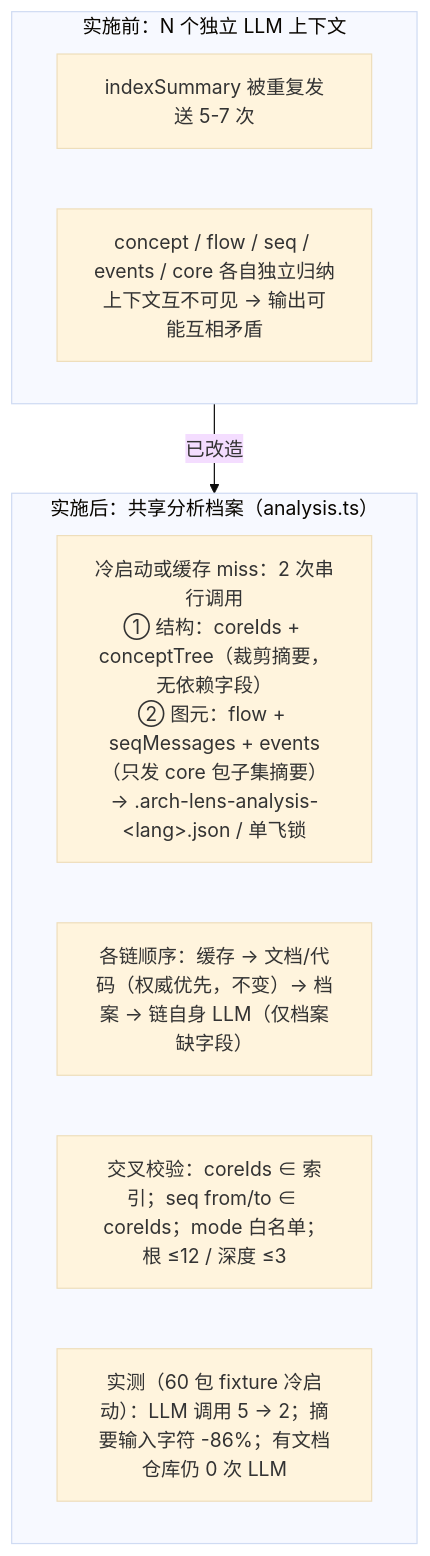
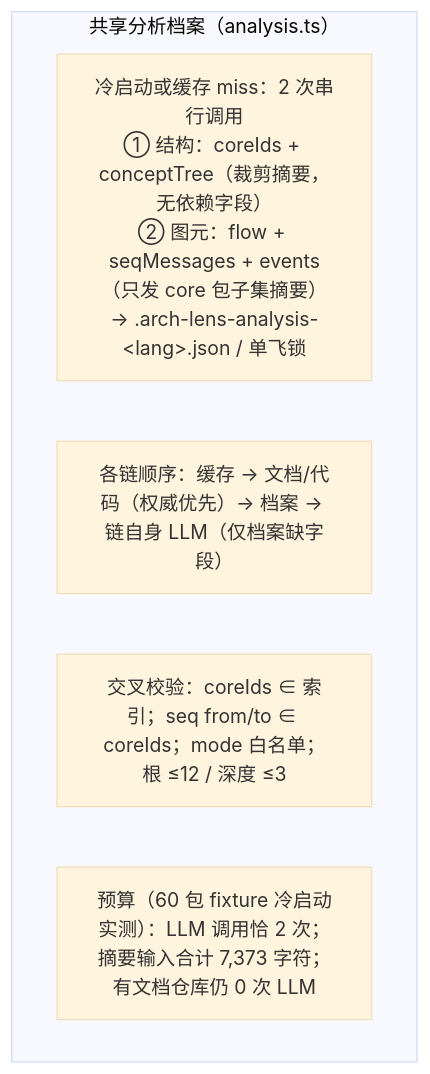
Diagram 13 of 13 in docs/arch-lens-diagrams.md (gwj001/arch-lens), drawn with Mermaid (base theme) before and after one commit. The commit also changed other lines of this file and 1 other file, not shown here.

Commit message:
docs: 两份机制文档改为纯现状叙事——删除全部重构阶段编号(D1-D8/阶段0-5)与今昔对比：机制10/图13/验证表只留现值(冷启动2次/7,373字符/有文档0次)，§十二整节移除(重复于机制4/5/10，独有事实『缺省角度=event』并入附件表)，已删UI备注/『历史上…』『旧版…』『与旧行为一致』等对比措辞清零；废弃面(仅存wire)作为现状事实保留表述。节点ID D1/D2/D3非阶段号不动

````diff
--- a/docs/arch-lens-diagrams.md
+++ b/docs/arch-lens-diagrams.md
@@ -545,14 +543,9 @@
 ```mermaid
 flowchart TB
-    subgraph NOW["实施前：N 个独立 LLM 上下文"]
-        N1["indexSummary 被重复发送 5-7 次"]
-        N2["concept / flow / seq / events / core 各自独立归纳<br/>上下文互不可见 → 输出可能互相矛盾"]
+    subgraph PROFILE["共享分析档案（analysis.ts）"]
+        P1["冷启动或缓存 miss：2 次串行调用<br/>① 结构：coreIds + conceptTree（裁剪摘要，无依赖字段）<br/>② 图元：flow + seqMessages + events（只发 core 包子集摘要）<br/>→ .arch-lens-analysis-&lt;lang&gt;.json / 单飞锁"]
+        P2["各链顺序：缓存 → 文档/代码（权威优先）→ 档案 → 链自身 LLM（仅档案缺字段）"]
+        P3["交叉校验：coreIds ∈ 索引；seq from/to ∈ coreIds；mode 白名单；根 ≤12 / 深度 ≤3"]
+        P4["预算（60 包 fixture 冷启动实测）：LLM 调用恰 2 次；摘要输入合计 7,373 字符；有文档仓库仍 0 次 LLM"]
     end
-    subgraph PLAN["实施后：共享分析档案（analysis.ts）"]
-        P1["冷启动或缓存 miss：2 次串行调用<br/>① 结构：coreIds + conceptTree（裁剪摘要，无依赖字段）<br/>② 图元：flow + seqMessages + events（只发 core 包子集摘要）<br/>→ .arch-lens-analysis-&lt;lang&gt;.json / 单飞锁"]
-        P2["各链顺序：缓存 → 文档/代码（权威优先，不变）→ 档案 → 链自身 LLM（仅档案缺字段）"]
-        P3["交叉校验：coreIds ∈ 索引；seq from/to ∈ coreIds；mode 白名单；根 ≤12 / 深度 ≤3"]
-        P4["实测（60 包 fixture 冷启动）：LLM 调用 5 → 2；摘要输入字符 -86%；有文档仓库仍 0 次 LLM"]
-    end
-    NOW -->|"已改造"| PLAN
 ```
````
